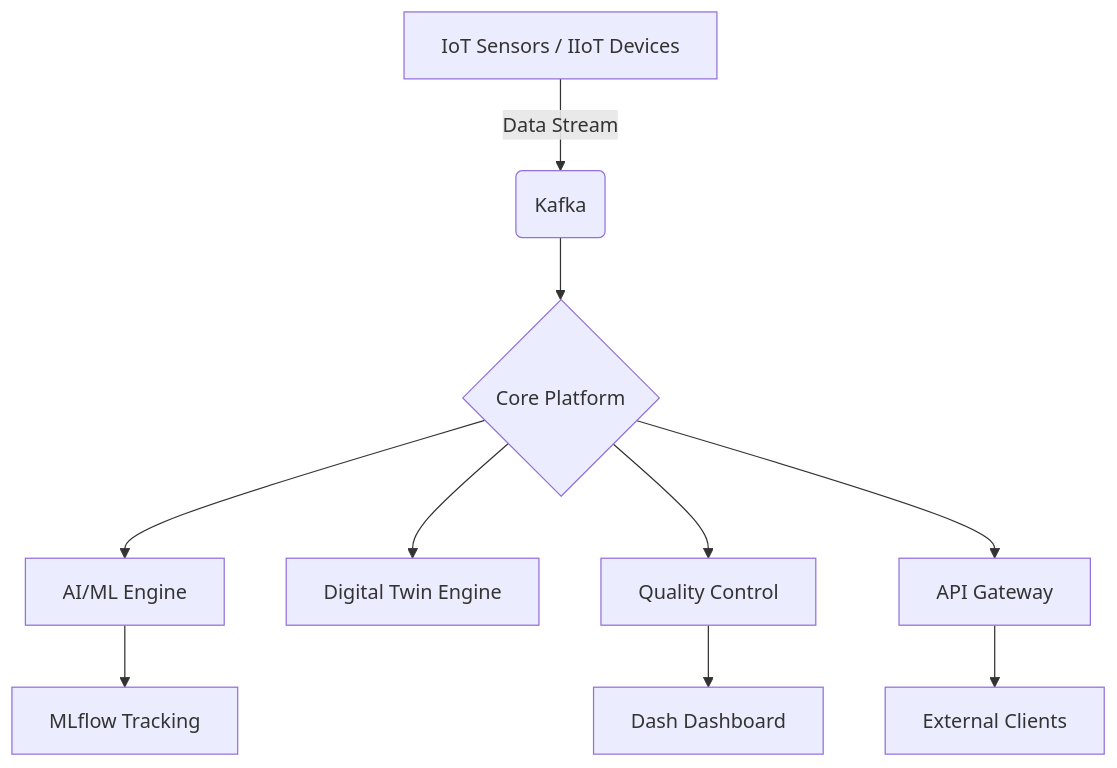
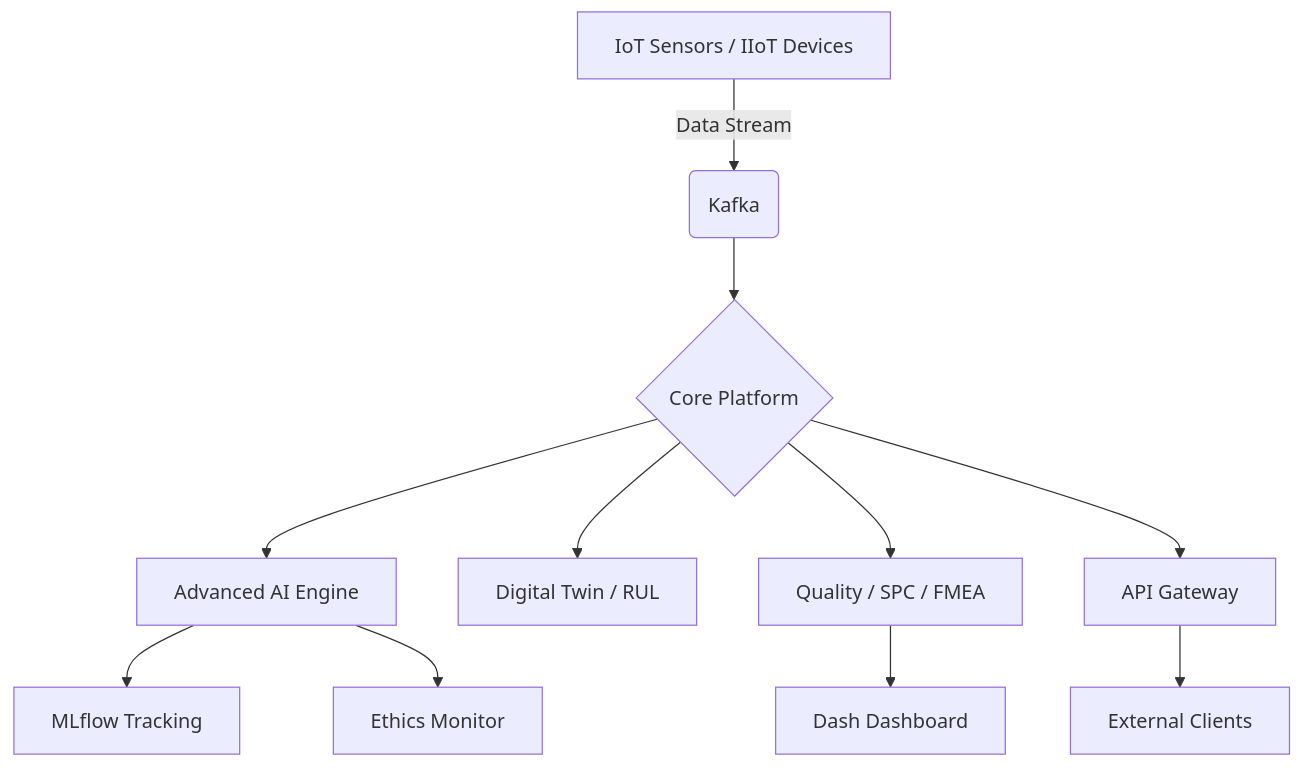
One commit to Bunay-1/IoT-IIoT-Intelligence-Platform-IIIP changed the diagram in README.md. Above: the diagram before and after it, drawn with Mermaid. The commit also changed other lines of this file and 13 other files, not shown here.

````diff
--- a/README.md
+++ b/README.md
@@ -18,12 +18,13 @@
 ```mermaid
 graph TD
     A[IoT Sensors / IIoT Devices] -->|Data Stream| B(Kafka)
     B --> C{Core Platform}
-    C --> D[AI/ML Engine]
-    C --> E[Digital Twin Engine]
-    C --> F[Quality Control]
+    C --> D[Advanced AI Engine]
+    C --> E[Digital Twin / RUL]
+    C --> F[Quality / SPC / FMEA]
     D --> G[MLflow Tracking]
     F --> H[Dash Dashboard]
     C --> I[API Gateway]
     I --> J[External Clients]
+    D --> K[Ethics Monitor]
 ```
````
